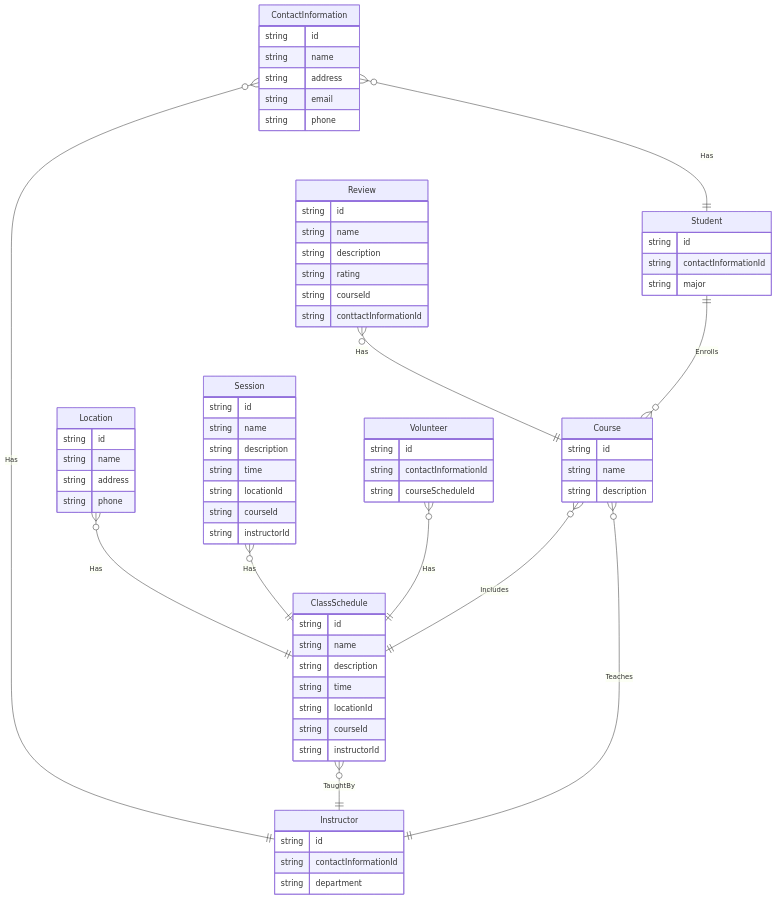
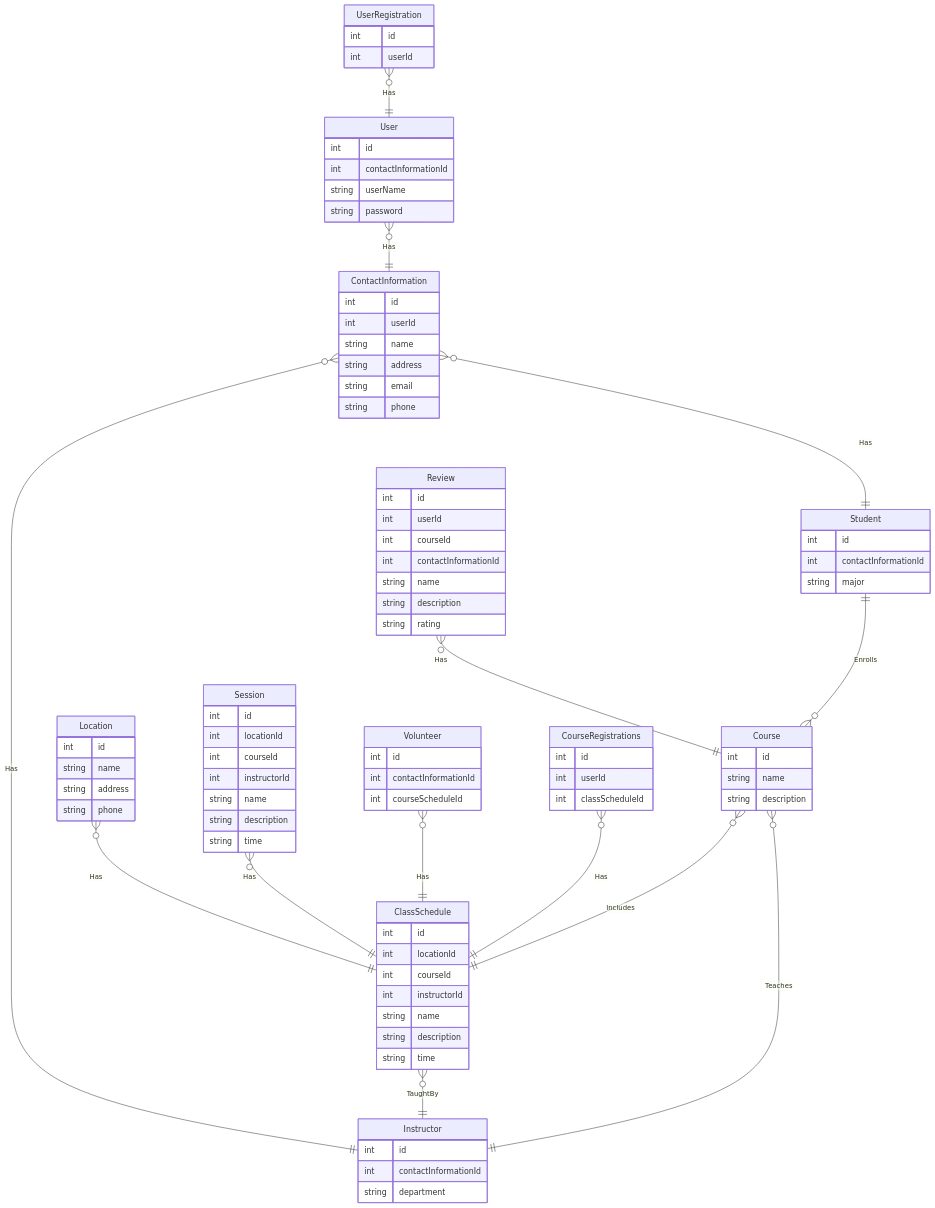
One commit to icozma/Scheduling-Classes changed the diagram in README.md. Above: the diagram before and after it, drawn with Mermaid.

Commit message:
updat ids to int

````diff
--- a/README.md
+++ b/README.md
@@ -9,38 +9,39 @@
 erDiagram
     Student ||--o{ Course : Enrolls
     Student {
-        string id
-        string contactInformationId
+        int id
+        int contactInformationId
         string major
     }
     Course }o--|| ClassSchedule : Includes
     Course {
-        string id
+        int id
         string name
         string description
     }
     ClassSchedule }o--|| Instructor : TaughtBy
     ClassSchedule {
-        string id
+        int id
+        int locationId
+        int courseId
+        int instructorId
         string name
         string description
         string time
-        string locationId
-        string courseId
-        string instructorId
     }
     
     Instructor ||--o{ Course : Teaches
     Instructor {
-        string id
-        string contactInformationId
+        int id
+        int contactInformationId
         string department
     }
 
     ContactInformation }o--|| Instructor : Has
     ContactInformation }o--|| Student : Has
     ContactInformation {
-        string id
+        int id
+        int userId
         string name
         string address
         string email
@@ -49,7 +50,7 @@
 
     Location }o--|| ClassSchedule : Has
     Location {
-        string id
+        int id
         string name
         string address
         string phone
@@ -57,30 +58,52 @@
 
     Session }o--|| ClassSchedule : Has
     Session {
-        string id
+        int id
+        int locationId
+        int courseId
+        int instructorId
         string name
         string description
         string time
-        string locationId
-        string courseId
-        string instructorId
     }
 
     Volunteer }o--|| ClassSchedule : Has
     Volunteer {
-        string id
-        string contactInformationId
-        string courseScheduleId
+        int id
+        int contactInformationId
+        int courseScheduleId
     }
 
     Review }o--|| Course : Has
     Review {
-        string id
+        int id
+        int userId
+        int courseId
+        int contactInformationId
         string name
         string description
         string rating
-        string courseId
-        string conttactInformationId
+    }
+
+    User }o--|| ContactInformation : Has
+
+    User {
+        int id
+        int contactInformationId
+        string userName
+        string password
+    }
+    UserRegistration }o--|| User : Has
+    UserRegistration {
+        int id
+        int userId
+    }
+
+    CourseRegistrations }o--|| ClassSchedule : Has
+    CourseRegistrations {
+        int id
+        int userId
+        int classScheduleId
     }
 
 ```
````
